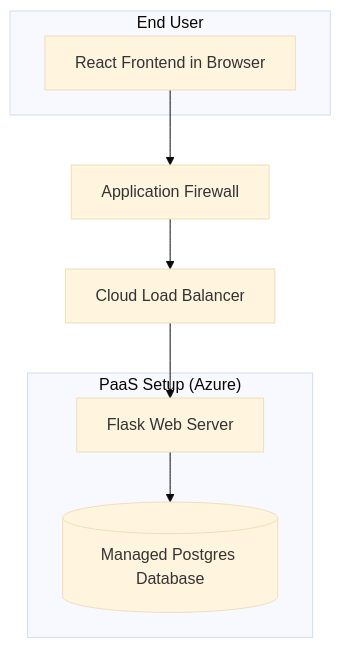
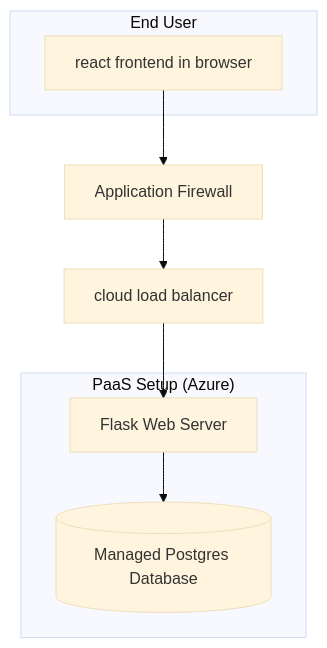
The first of 3 diagrams in lab2.md (Sighopss/Algonquin-Code-Base), drawn with Mermaid (base theme) before and after one commit. The commit also changed other lines of this file, not shown here.

````diff
--- a/lab2.md
+++ b/lab2.md
@@ -2,17 +2,17 @@
 ```mermaid
 graph TB
     subgraph User["End User"]
-        UI[React Frontend in Browser]
+        UI[react frontend in browser]
     end
 
     Firewall[Application Firewall]
-    LoadBalancer[Cloud Load Balancer]
+    LoadBalancer[cloud load balancer]
 
     subgraph PaaS["PaaS Setup (Azure)"]
         AppServer[Flask Web Server]
         Database[(Managed Postgres Database)]
     end
 
     UI --> Firewall --> LoadBalancer --> AppServer
     AppServer --> Database
 ```
````
